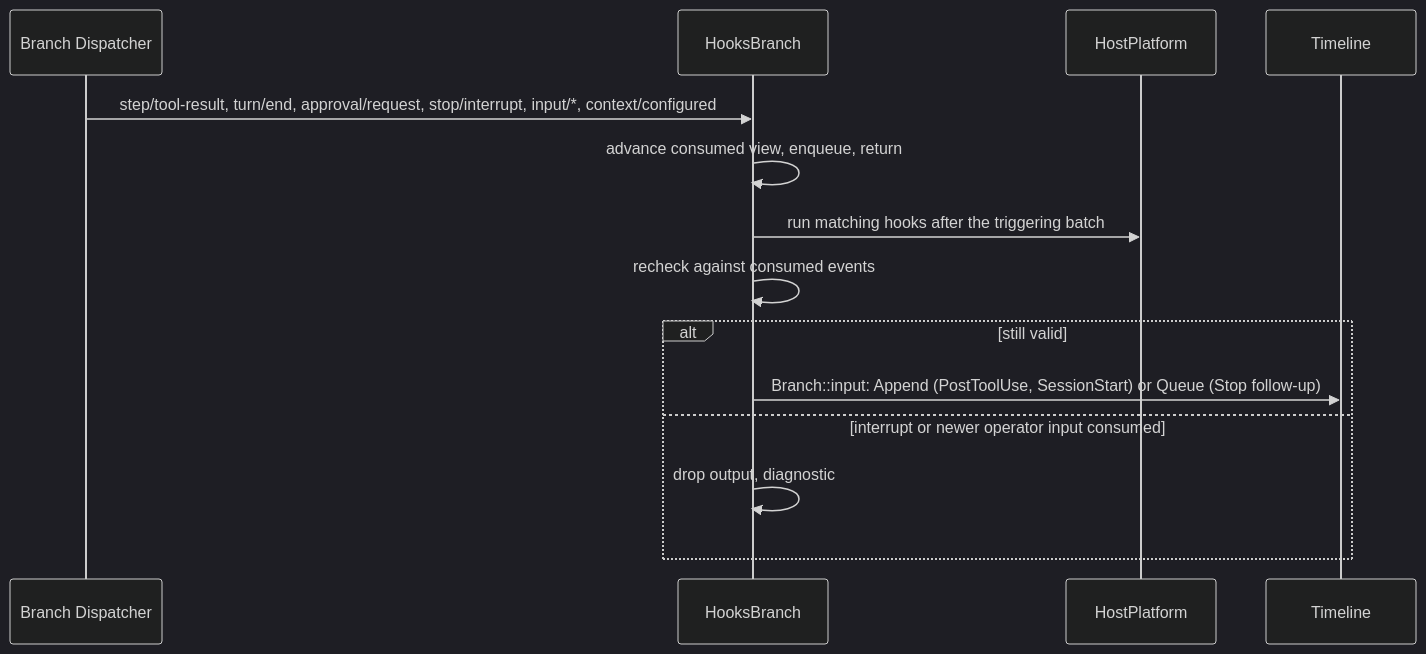
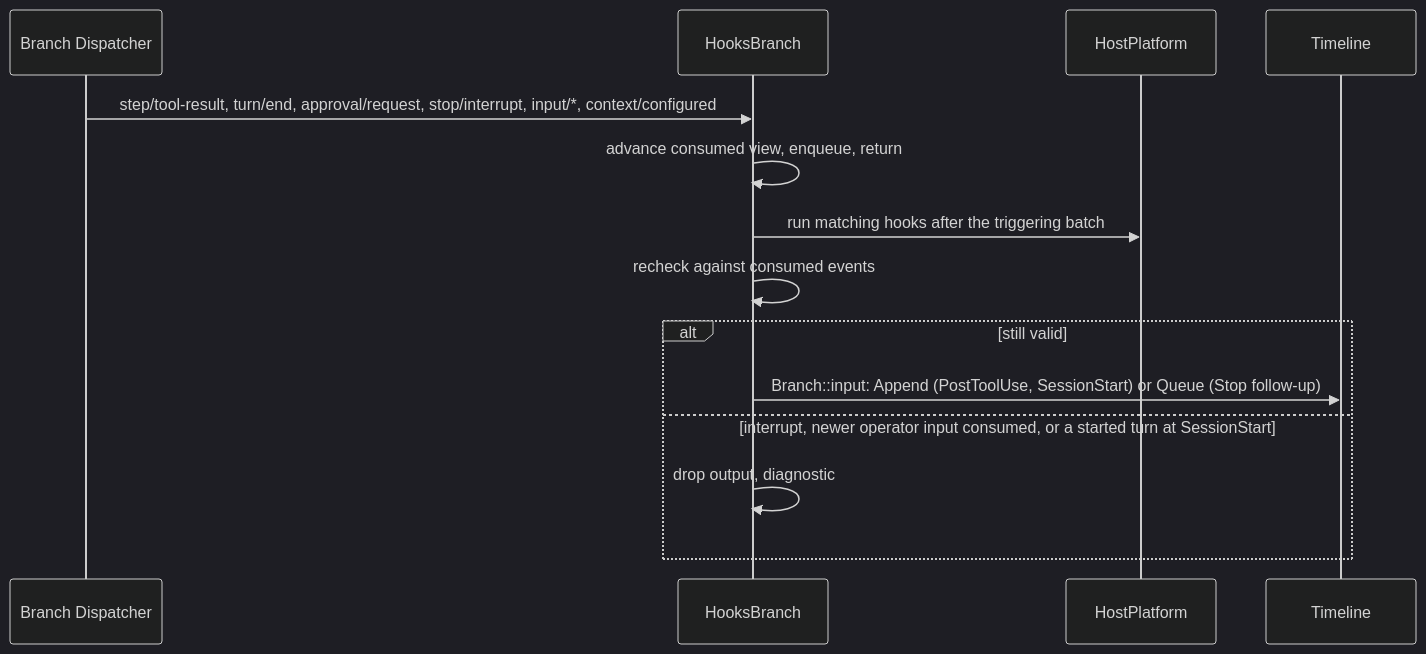
Before and after one commit to CoutinhoTTS/dim-agent: the sixth of 6 diagrams in docs/design/plugins/Hooks.md, drawn with Mermaid (dark theme). The commit also changed other lines of this file and 2 other files, not shown here.

Commit message:
docs(hooks): name the started turn in the session-start recheck
§3.4's recheck list now says that SessionStart output is dropped once a
turn has started on the branch, because its block must come before the
first turn. The architecture page says the same.

Refs #755

````diff
--- a/docs/design/plugins/Hooks.md
+++ b/docs/design/plugins/Hooks.md
@@ -189,16 +189,16 @@
 ```mermaid
 sequenceDiagram
   participant DP as Branch Dispatcher
   participant HB as HooksBranch
   participant HP as HostPlatform
   participant TL as Timeline
   DP->>HB: step/tool-result, turn/end, approval/request, stop/interrupt, input/*, context/configured
   HB->>HB: advance consumed view, enqueue, return
   HB->>HP: run matching hooks after the triggering batch
   HB->>HB: recheck against consumed events
   alt still valid
     HB->>TL: Branch::input: Append (PostToolUse, SessionStart) or Queue (Stop follow-up)
-  else interrupt or newer operator input consumed
+  else interrupt, newer operator input consumed, or a started turn at SessionStart
     HB->>HB: drop output, diagnostic
   end
 ```
````
